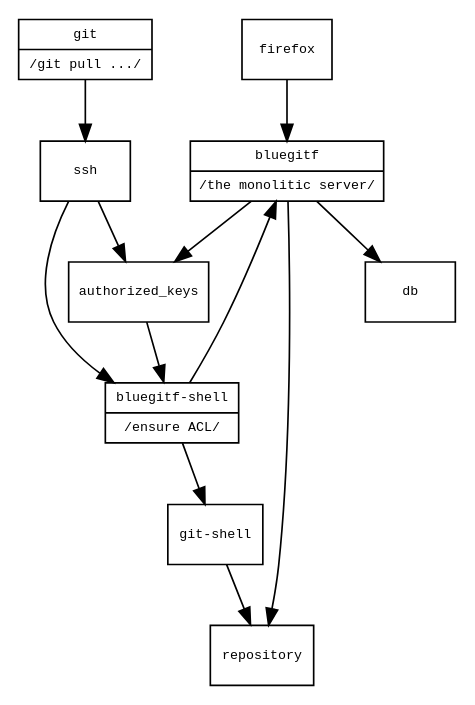
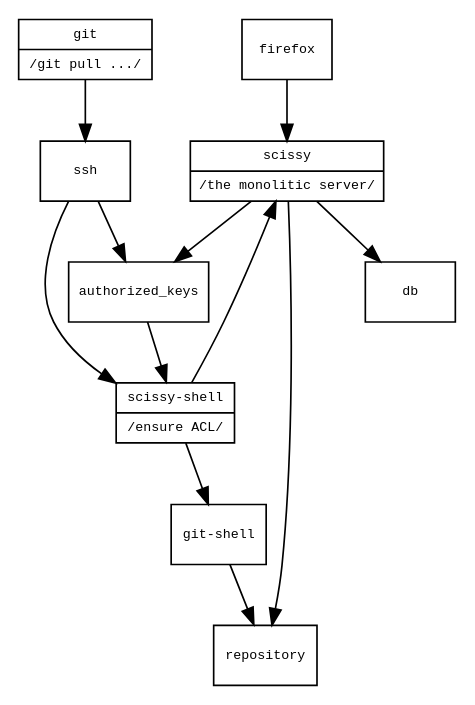
One commit to abique/scissy changed the diagram in doc/design.dot. Above: the diagram before and after it, drawn with Graphviz. The commit also changed 136 other files, not shown here.

```diff
--- a/doc/design.dot
+++ b/doc/design.dot
@@ -1,33 +1,33 @@
 # dot -T png design.dot >design.png && xv design.png
 
-digraph BluegitfDesign
+digraph ScissyDesign
 {
         fontname="monospace";
         fontsize=8;
 
         node [fontname="monospace",fontsize=8,shape="record"];
         edge [fontname="monospace",fontsize=8,shape="record"];
 
-        bluegitf [shape=record,label="{bluegitf|/the monolitic server/}"];
-        bluegitf_shell [shape=record,label="{bluegitf-shell|/ensure ACL/}"];
+        scissy [shape=record,label="{scissy|/the monolitic server/}"];
+        scissy_shell [shape=record,label="{scissy-shell|/ensure ACL/}"];
         ssh [shape=record,label="{ssh}"];
         git_shell [shape=record,label="{git-shell}"];
         firefox [shape=record,label="{firefox}"];
         git [shape=record,label="{git|/git pull .../}"];
 
         authorized_keys [shape=database,label="authorized_keys"];
         repository [shape=database,label="repository"];
         db [shape=database,label="db"];
 
-        firefox -> bluegitf;
+        firefox -> scissy;
         git -> ssh;
-        ssh -> bluegitf_shell;
+        ssh -> scissy_shell;
         ssh -> authorized_keys;
-        authorized_keys -> bluegitf_shell;
-        bluegitf_shell -> bluegitf;
-        bluegitf_shell -> git_shell;
+        authorized_keys -> scissy_shell;
+        scissy_shell -> scissy;
+        scissy_shell -> git_shell;
         git_shell -> repository;
-        bluegitf -> db;
-        bluegitf -> repository;
-        bluegitf -> authorized_keys;
+        scissy -> db;
+        scissy -> repository;
+        scissy -> authorized_keys;
 }
```
